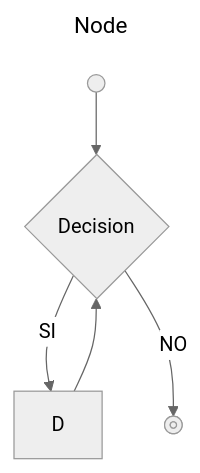
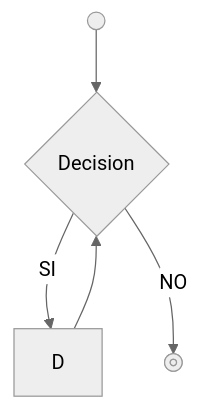
The first of 2 diagrams in bucles/TEORIA.md (DavidHormigoRamirez/curso-programacion-1daw), drawn with Mermaid (neutral theme) before and after one commit. The commit also changed other lines of this file and 1 other file, not shown here.

Commit message:
Add first loop exercices, fix diagramas

````diff
--- a/bucles/TEORIA.md
+++ b/bucles/TEORIA.md
@@ -1,16 +11,14 @@
 ```mermaid
----
-title: Node
----
+
 flowchart TD
 
     A@{ shape: sm-circ, label: "Small start"  }
     A e@--> C
     C@{ shape: diamond, label: "Decision" }
     C -- SI --> D
     C -- NO --> Z
     D --> C
-    D@{shape: rect,label:"Bloque loop"}
+    D@{ shape: rect, label:"Bloque loop"}
     Z@{ shape: framed-circle, label: "Stop" }
 
 ```
````
